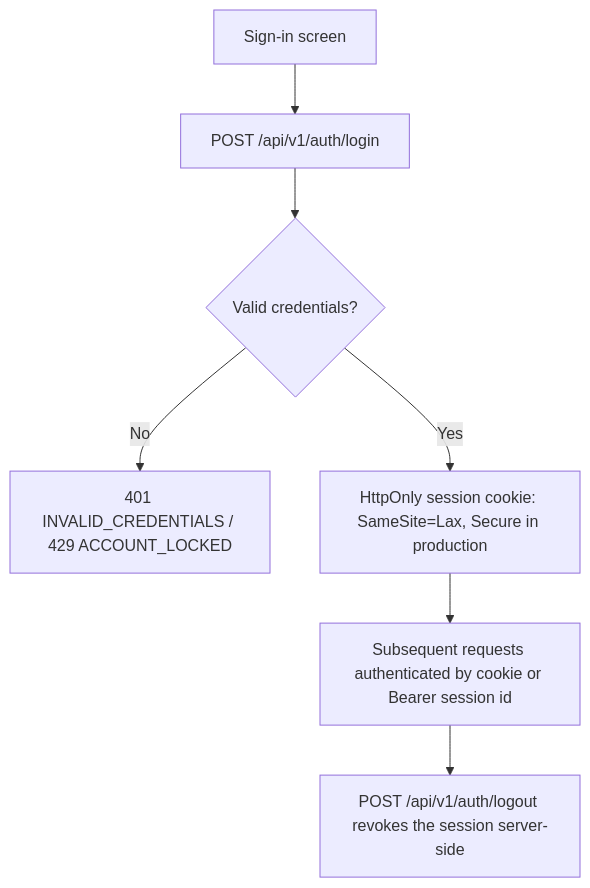
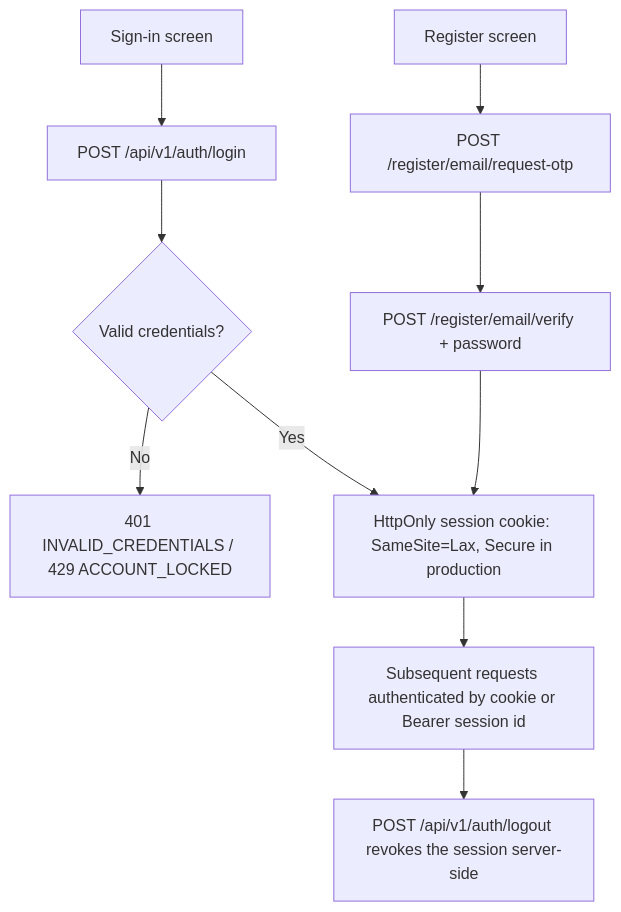
Before and after one commit to shubhamown01/MyFarmAI: the diagram in docs/product/flows/AUTHENTICATION_FLOW.md, drawn with Mermaid. The commit also changed other lines of this file and 10 other files, not shown here.

First line of the commit message:
fix(auth): require a password at OTP registration so accounts stay usable

````diff
--- a/docs/product/flows/AUTHENTICATION_FLOW.md
+++ b/docs/product/flows/AUTHENTICATION_FLOW.md
@@ -20,9 +24,12 @@
 ```mermaid
 flowchart TD
     A[Sign-in screen] --> B[POST /api/v1/auth/login]
     B --> C{Valid credentials?}
     C -- No --> D[401 INVALID_CREDENTIALS / 429 ACCOUNT_LOCKED]
     C -- Yes --> E[HttpOnly session cookie: SameSite=Lax, Secure in production]
     E --> F[Subsequent requests authenticated by cookie or Bearer session id]
     F --> G[POST /api/v1/auth/logout revokes the session server-side]
+    R[Register screen] --> R1[POST /register/email/request-otp]
+    R1 --> R2[POST /register/email/verify + password]
+    R2 --> E
 ```
````
